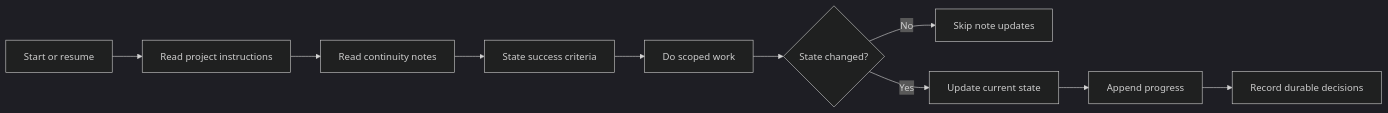
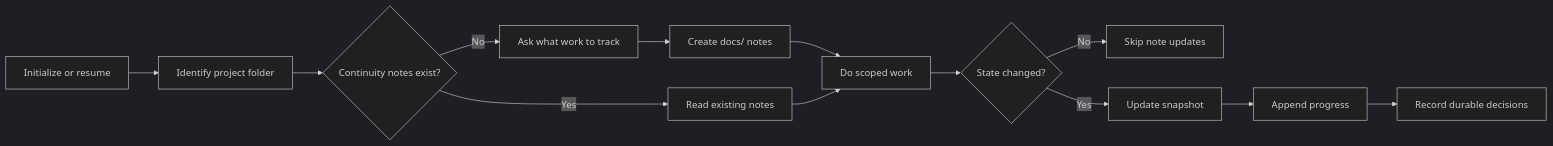
The diagram in README.md (sjh6229/agent-continuity), drawn with Mermaid (dark theme) before and after one commit. The commit also changed other lines of this file and 3 other files, not shown here.

````diff
--- a/README.md
+++ b/README.md
@@ -54,12 +73,15 @@
 ```mermaid
 flowchart LR
-    A["Start or resume"] --> B["Read project instructions"]
-    B --> C["Read continuity notes"]
-    C --> D["State success criteria"]
-    D --> E["Do scoped work"]
-    E --> F{"State changed?"}
-    F -- "No" --> G["Skip note updates"]
-    F -- "Yes" --> H["Update current state"]
-    H --> I["Append progress"]
-    I --> J["Record durable decisions"]
+    A["Initialize or resume"] --> B["Identify project folder"]
+    B --> C{"Continuity notes exist?"}
+    C -- "No" --> D["Ask what work to track"]
+    D --> E["Create docs/ notes"]
+    C -- "Yes" --> F["Read existing notes"]
+    E --> G["Do scoped work"]
+    F --> G
+    G --> H{"State changed?"}
+    H -- "No" --> I["Skip note updates"]
+    H -- "Yes" --> J["Update snapshot"]
+    J --> K["Append progress"]
+    K --> L["Record durable decisions"]
 ```
````
